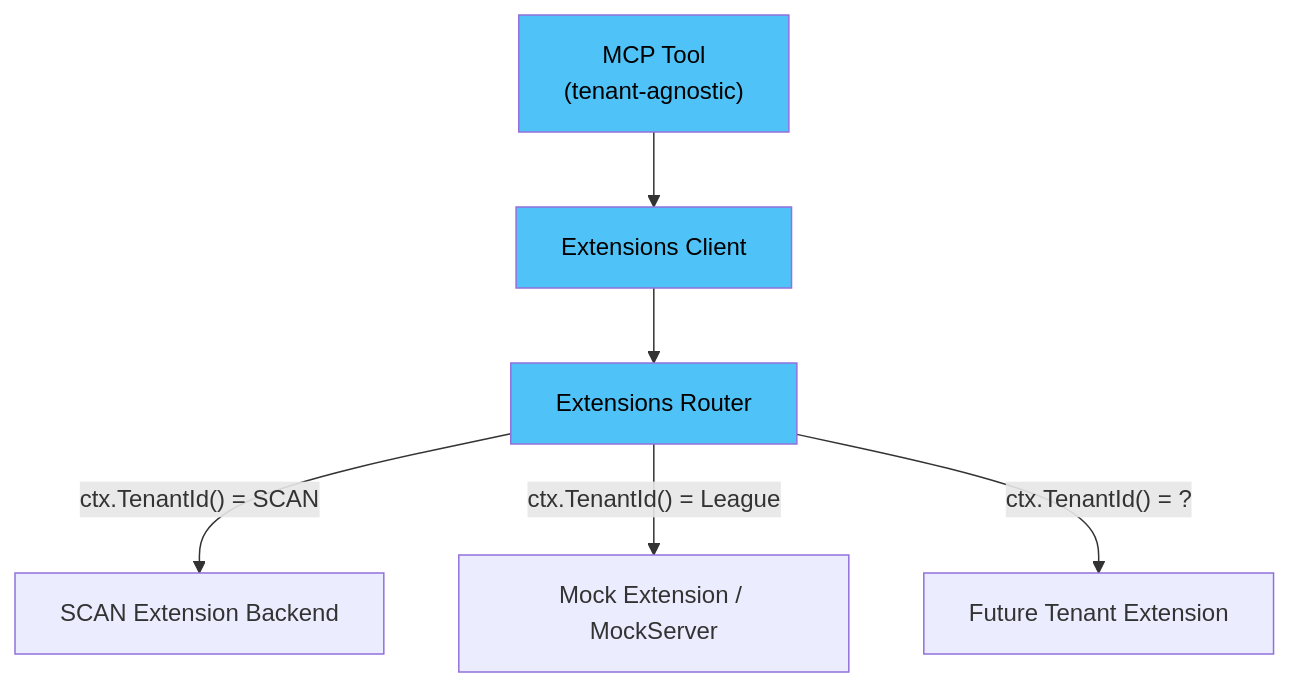
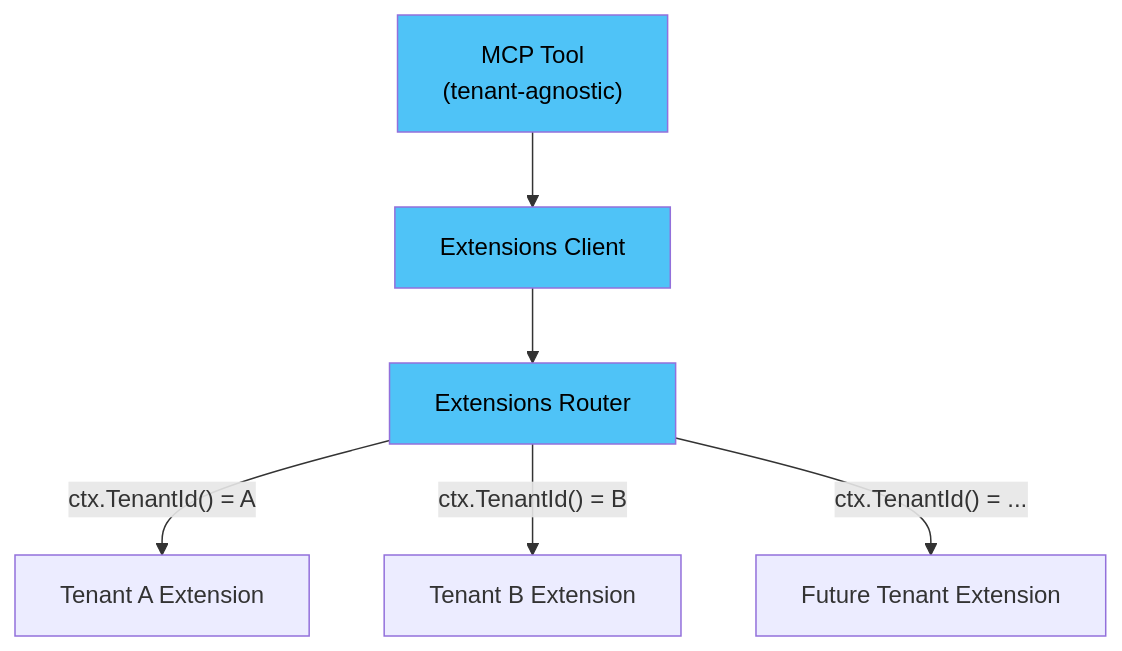
The tenth of 16 diagrams in PLAN.md (vinismoraes/hackathon-agent-documents), drawn with Mermaid before and after one commit. The commit also changed other lines of this file, not shown here.

First line of the commit message:
remove tenant-specific refs, use extensions throughout

````diff
--- a/PLAN.md
+++ b/PLAN.md
@@ -567,12 +567,12 @@
 ```mermaid
 flowchart TD
     MCP["MCP Tool\n(tenant-agnostic)"] --> EXT["Extensions Client"]
     EXT --> ROUTER["Extensions Router"]
-    ROUTER -->|"ctx.TenantId() = SCAN"| SCAN_EXT["SCAN Extension Backend"]
-    ROUTER -->|"ctx.TenantId() = League"| MOCK_EXT["Mock Extension / MockServer"]
-    ROUTER -->|"ctx.TenantId() = ?"| FUTURE_EXT["Future Tenant Extension"]
+    ROUTER -->|"ctx.TenantId() = A"| EXT_A["Tenant A Extension"]
+    ROUTER -->|"ctx.TenantId() = B"| EXT_B["Tenant B Extension"]
+    ROUTER -->|"ctx.TenantId() = ..."| EXT_N["Future Tenant Extension"]
 
     style MCP fill:#4fc3f7,color:#000
     style EXT fill:#4fc3f7,color:#000
     style ROUTER fill:#4fc3f7,color:#000
 ```
````
